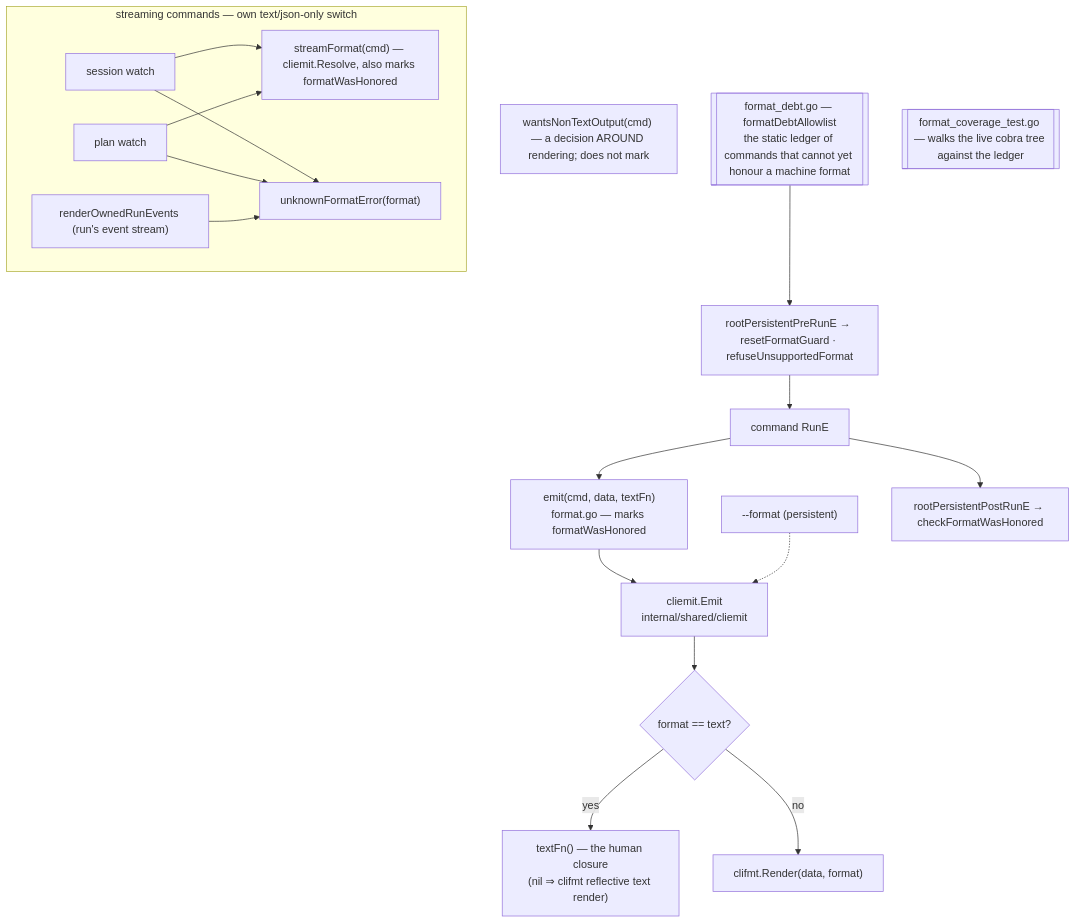
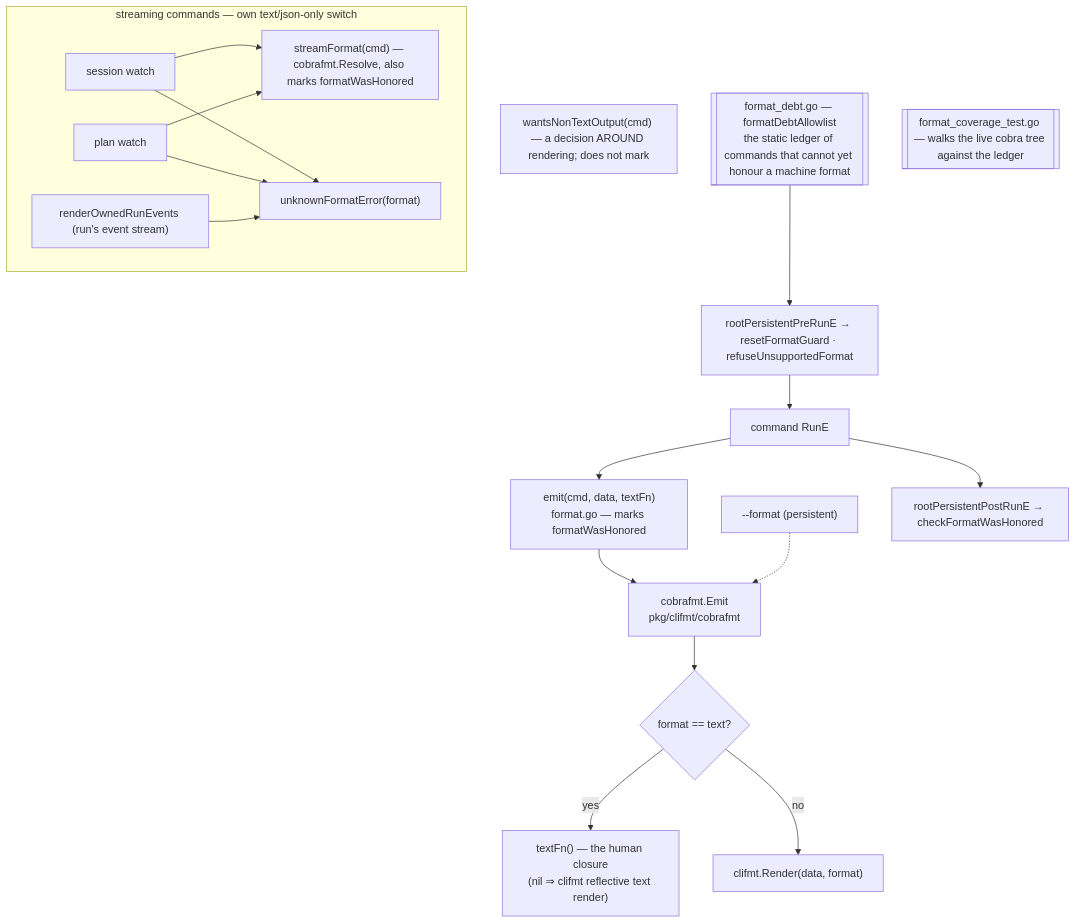
One commit to ctxloom/ctxloom changed the diagram in docs/architecture/cli/output-and-format.md. Above: the diagram before and after it, drawn with Mermaid. The commit also changed other lines of this file and 11 other files, not shown here.

````diff
--- a/docs/architecture/cli/output-and-format.md
+++ b/docs/architecture/cli/output-and-format.md
@@ -15,28 +15,28 @@
 ```mermaid
 flowchart TD
     FLAG["--format (persistent)"]
     PRE["rootPersistentPreRunE → resetFormatGuard · refuseUnsupportedFormat"]
     PRE --> RUNE["command RunE"] --> EMIT["emit(cmd, data, textFn)<br/>format.go — marks formatWasHonored"]
-    EMIT --> CE["cliemit.Emit<br/>internal/shared/cliemit"]
+    EMIT --> CE["cobrafmt.Emit<br/>pkg/clifmt/cobrafmt"]
     CE --> Q{"format == text?"}
     Q -->|yes| TXT["textFn() — the human closure<br/>(nil ⇒ clifmt reflective text render)"]
     Q -->|no| REN["clifmt.Render(data, format)"]
     FLAG -.-> CE
     RUNE --> POST["rootPersistentPostRunE → checkFormatWasHonored"]
 
-    OF["streamFormat(cmd) — cliemit.Resolve, also marks formatWasHonored"]
+    OF["streamFormat(cmd) — cobrafmt.Resolve, also marks formatWasHonored"]
     WNT["wantsNonTextOutput(cmd) — a decision AROUND rendering; does not mark"]
 
     subgraph streaming["streaming commands — own text/json-only switch"]
         SW["session watch"]
         PW["plan watch"]
         RO["renderOwnedRunEvents (run's event stream)"]
         UFE["unknownFormatError(format)"]
         SW & PW & RO --> UFE
         SW & PW --> OF
     end
 
     LEDGER[["format_debt.go — formatDebtAllowlist<br/>the static ledger of commands that cannot yet honour a machine format"]]
     LEDGER --> PRE
     COV[["format_coverage_test.go — walks the live cobra tree against the ledger"]]
 ```
````
